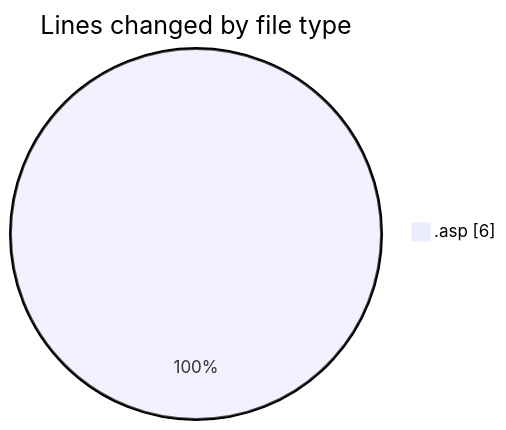
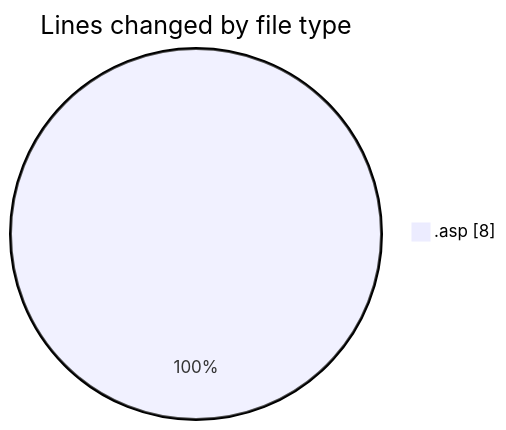
One commit to julien-gomy/code-tracking changed the first of 2 diagrams in 2025-10-28/usr_aleoudev_fr__workspace_/README.md. Above: the diagram before and after it, drawn with Mermaid. The commit also changed other lines of this file and 1 other file, not shown here.

````diff
--- a/2025-10-28/usr_aleoudev_fr__workspace_/README.md
+++ b/2025-10-28/usr_aleoudev_fr__workspace_/README.md
@@ -20,5 +20,5 @@
 ```mermaid
 pie showData
 title Lines changed by file type
-".asp" : 6
+".asp" : 8
 ```
````
